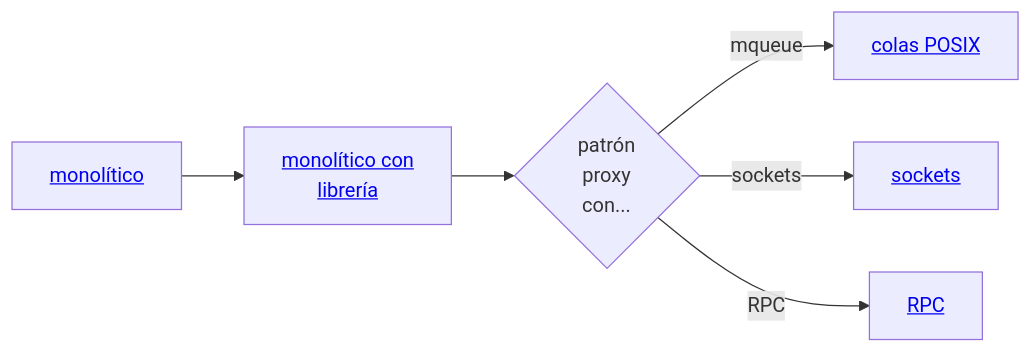
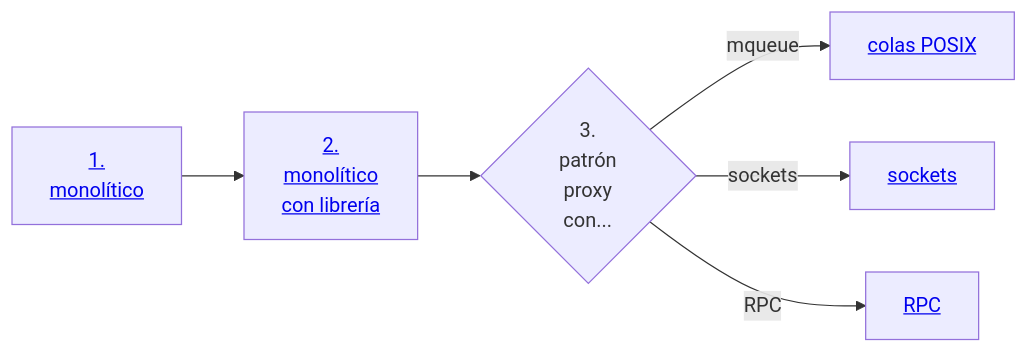
The first of 2 diagrams in README.md (acaldero/uc3m_sd), drawn with Mermaid before and after one commit. The commit also changed other lines of this file, not shown here.

````diff
--- a/README.md
+++ b/README.md
@@ -128,15 +128,15 @@
  ```mermaid
-  %%{init: {"flowchart": {"diagramPadding": 80}}}%%
+  %%{init: {"flowchart": {"diagramPadding": 100}}}%%
   flowchart LR
-    A[<a href='https://github.com/acaldero/uc3m_sd/tree/main/materials/pc-keyvalue/kv-centralizado-monolitico#readme'>monolítico</a>]
-    B[<a href='https://github.com/acaldero/uc3m_sd/tree/main/materials/pc-keyvalue/kv-centralizado-libreria#readme'>monolítico con<br> librería</a>]
-    C{patrón <br>proxy <br>con...}
+    A[<a href='https://github.com/acaldero/uc3m_sd/tree/main/materials/pc-keyvalue/kv-centralizado-monolitico#readme'>1.<br> monolítico</a>]
+    B[<a href='https://github.com/acaldero/uc3m_sd/tree/main/materials/pc-keyvalue/kv-centralizado-libreria#readme'>2.<br> monolítico<br> con librería</a>]
+    C{3.<br> patrón <br>proxy <br>con...}
     D[<a href='https://github.com/acaldero/uc3m_sd/tree/main/materials/pc-keyvalue/kv-distribuido-mqueue#readme'>colas POSIX</a>]
     E[<a href='https://github.com/acaldero/uc3m_sd/tree/main/materials/pc-keyvalue/kv-distribuido-sockets#readme'>sockets</a>]
     F[<a href='https://github.com/acaldero/uc3m_sd/tree/main/materials/pc-keyvalue/kv-distribuido-rpc#readme'>RPC</a>]
     A --> B
     B --> C
     C -- mqueue  --> D
     C -- sockets --> E
     C -- RPC     --> F
   ```
````
